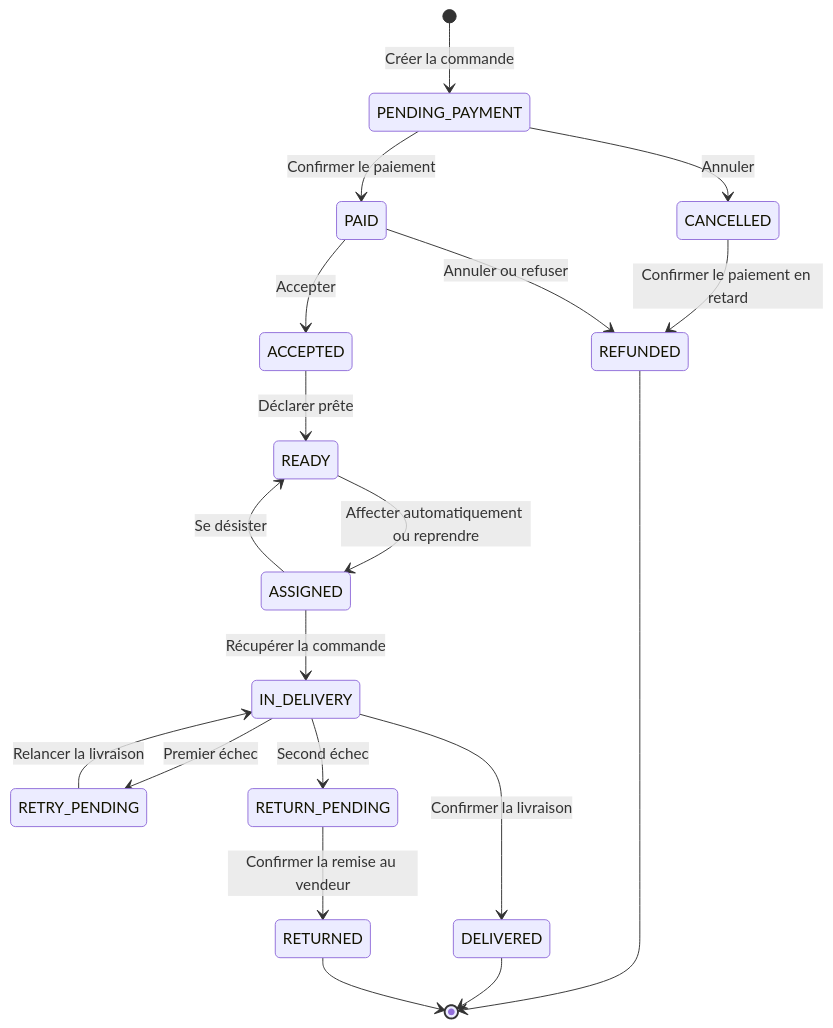
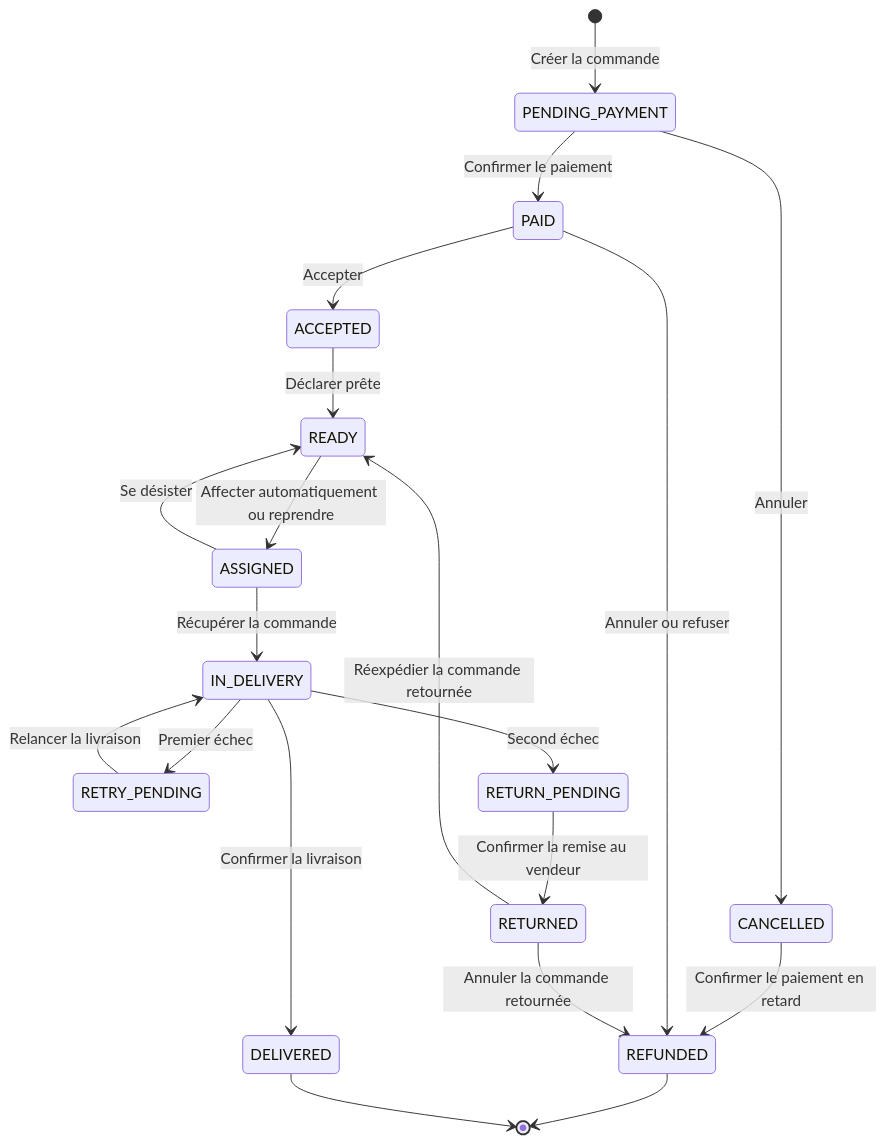
Before and after one commit to Soultone-hub/market-place-: the diagram in DESIGN.md, drawn with Mermaid. The commit also changed other lines of this file and 11 other files, not shown here.

````diff
--- a/DESIGN.md
+++ b/DESIGN.md
@@ -67,21 +69,22 @@
 ```mermaid
 stateDiagram-v2
     [*] --> PENDING_PAYMENT : Créer la commande
     PENDING_PAYMENT --> PAID : Confirmer le paiement
     PENDING_PAYMENT --> CANCELLED : Annuler
     CANCELLED --> REFUNDED : Confirmer le paiement en retard
     PAID --> REFUNDED : Annuler ou refuser
     PAID --> ACCEPTED : Accepter
     ACCEPTED --> READY : Déclarer prête
     READY --> ASSIGNED : Affecter automatiquement ou reprendre
     ASSIGNED --> READY : Se désister
     ASSIGNED --> IN_DELIVERY : Récupérer la commande
     IN_DELIVERY --> DELIVERED : Confirmer la livraison
     IN_DELIVERY --> RETRY_PENDING : Premier échec
     RETRY_PENDING --> IN_DELIVERY : Relancer la livraison
     IN_DELIVERY --> RETURN_PENDING : Second échec
     RETURN_PENDING --> RETURNED : Confirmer la remise au vendeur
+    RETURNED --> READY : Réexpédier la commande retournée
+    RETURNED --> REFUNDED : Annuler la commande retournée
     REFUNDED --> [*]
     DELIVERED --> [*]
-    RETURNED --> [*]
 ```
````
